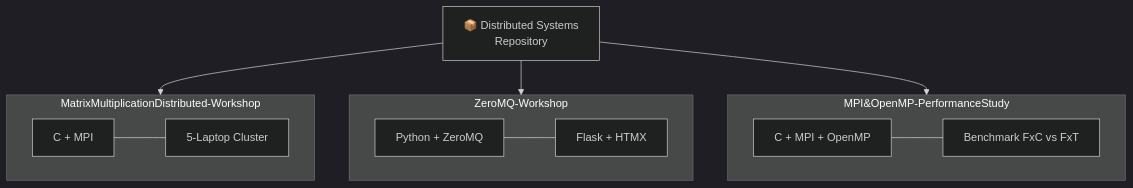
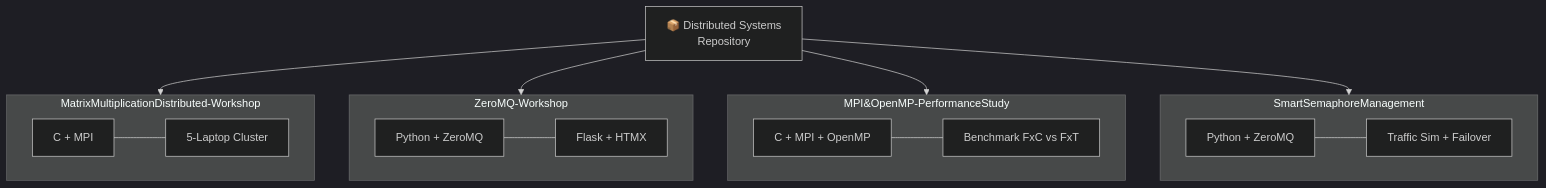
The first of 5 diagrams in README.md (CarefreeHarp/DistributedSystems), drawn with Mermaid (dark theme) before and after one commit. The commit also changed other lines of this file and 1 other file, not shown here.

````diff
--- a/README.md
+++ b/README.md
@@ -14,29 +14,37 @@
 ```mermaid
 graph TB
     Repo["📦 Distributed Systems\nRepository"]
 
     subgraph P1["MatrixMultiplicationDistributed-Workshop"]
         direction LR
         MPI1["C + MPI"]
         Cluster1["5-Laptop Cluster"]
         MPI1 --- Cluster1
     end
 
     subgraph P2["ZeroMQ-Workshop"]
         direction LR
         ZMQ["Python + ZeroMQ"]
         Flask["Flask + HTMX"]
         ZMQ --- Flask
     end
 
     subgraph P3["MPI&OpenMP-PerformanceStudy"]
         direction LR
         Hybrid["C + MPI + OpenMP"]
         Bench["Benchmark FxC vs FxT"]
         Hybrid --- Bench
     end
 
+    subgraph P4["SmartSemaphoreManagement"]
+        direction LR
+        ZMQ2["Python + ZeroMQ"]
+        Traffic["Traffic Sim + Failover"]
+        ZMQ2 --- Traffic
+    end
+
     Repo --> P1
     Repo --> P2
     Repo --> P3
+    Repo --> P4
 ```
````
